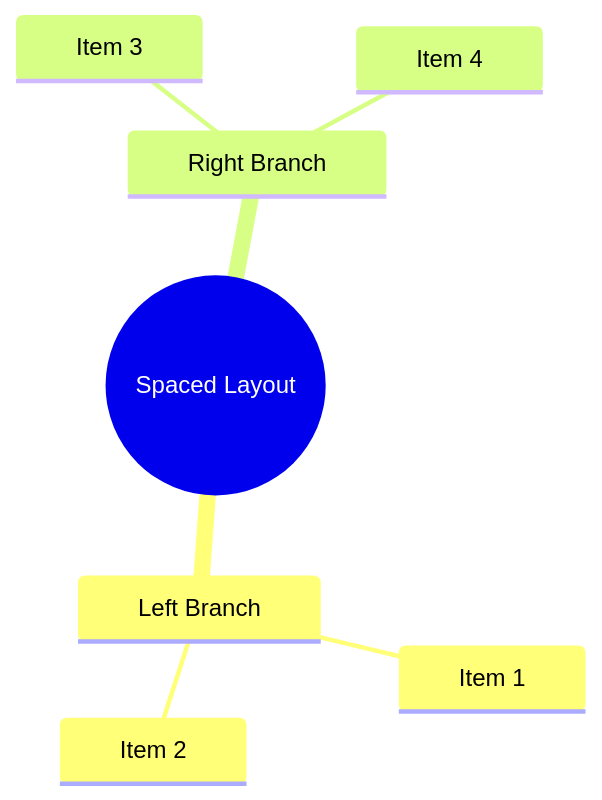
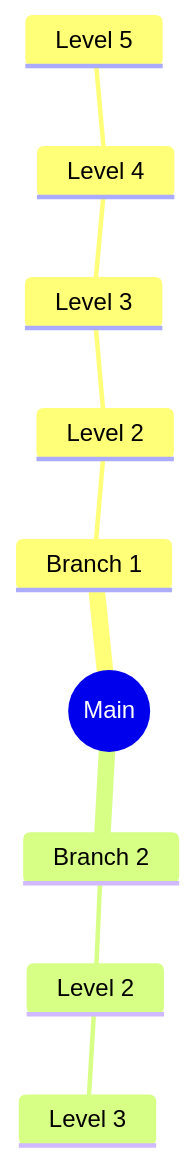
The fifth of 10 diagrams in README.md (gkwa/itmusic), drawn with Mermaid before and after one commit. The commit also changed other lines of this file, not shown here.

````diff
--- a/README.md
+++ b/README.md
@@ -34,11 +56,12 @@
 ```mermaid
-%%{init: {'mindmap': {'padding': 20, 'rankSpacing': 100, 'nodeSpacing': 60}}}%%
 mindmap
-    root((Spaced Layout))
-        Left Branch
-            Item 1
-            Item 2
-        Right Branch
-            Item 3
-            Item 4
+    root((Main))
+        Branch 1
+            Level 2
+                Level 3
+                    Level 4
+                        Level 5
+        Branch 2
+            Level 2
+                Level 3
 ```
````
